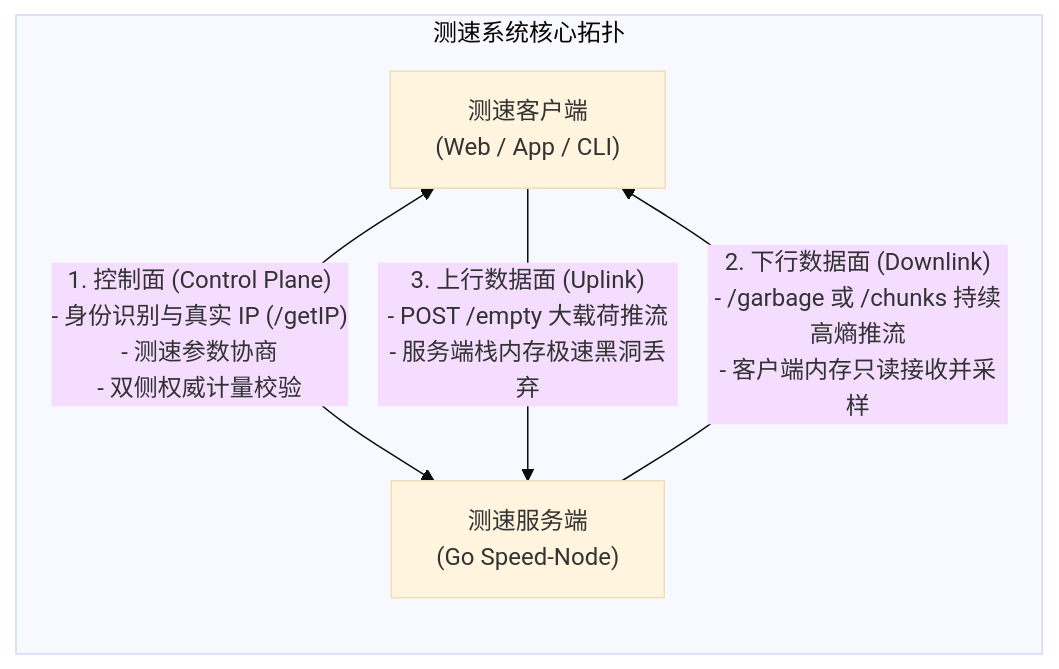
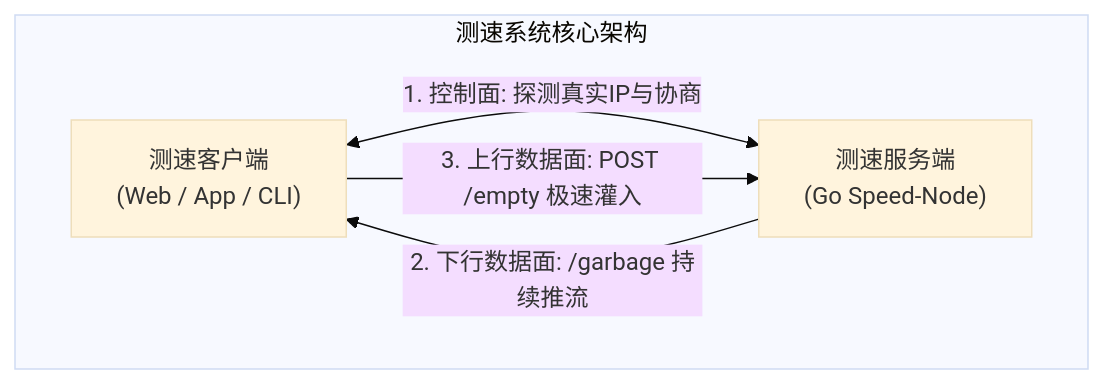
One commit to MoreConsequence/MoreConsequence.github.io changed the second of 7 diagrams in content/posts/speedtest-go-deep-dive-whitepaper.md. Above: the diagram before and after it, drawn with Mermaid (base theme). The commit also changed other lines of this file and 13 other files, not shown here.

First line of the commit message:
feat(post): publish speedtest deep dive whitepaper with KaTeX formulas and publication-grade SVG diagrams

````diff
--- a/content/posts/speedtest-go-deep-dive-whitepaper.md
+++ b/content/posts/speedtest-go-deep-dive-whitepaper.md
@@ -74,13 +54,12 @@
 ```mermaid
 flowchart LR
-    subgraph Architecture["测速系统核心拓扑"]
+    subgraph Architecture["测速系统核心架构"]
+        direction LR
         Client["测速客户端<br/>(Web / App / CLI)"]
         Node["测速服务端<br/>(Go Speed-Node)"]
         
-        Client <-->|"1. 控制面 (Control Plane)<br/>- 身份识别与真实 IP (/getIP)<br/>- 测速参数协商<br/>- 双侧权威计量校验"| Node
-        
-        Node -->|"2. 下行数据面 (Downlink)<br/>- /garbage 或 /chunks 持续高熵推流<br/>- 客户端内存只读接收并采样"| Client
-        
-        Client -->|"3. 上行数据面 (Uplink)<br/>- POST /empty 大载荷推流<br/>- 服务端栈内存极速黑洞丢弃"| Node
+        Client <-->|1. 控制面: 探测真实IP与协商| Node
+        Node -->|2. 下行数据面: /garbage 持续推流| Client
+        Client -->|3. 上行数据面: POST /empty 极速灌入| Node
     end
 ```
````
